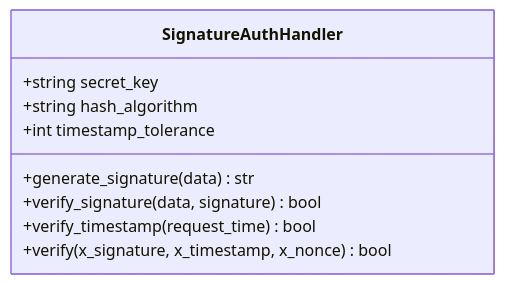
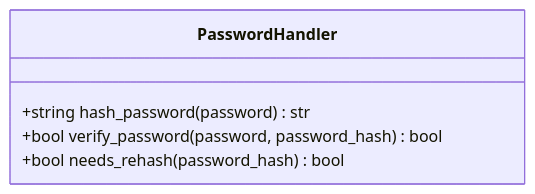
One commit to lilinzezzzzzz/fastapi-backend changed the fourth of 14 diagrams in .qoder/repowiki/zh/content/安全认证机制/安全认证机制.md. Above: the diagram before and after it, drawn with Mermaid. The commit also changed other lines of this file and 38 other files, not shown here.

````diff
--- a/.qoder/repowiki/zh/content/安全认证机制/安全认证机制.md
+++ b/.qoder/repowiki/zh/content/安全认证机制/安全认证机制.md
@@ -194,12 +295,8 @@
 ```mermaid
 classDiagram
-class SignatureAuthHandler {
-+string secret_key
-+string hash_algorithm
-+int timestamp_tolerance
-+generate_signature(data) str
-+verify_signature(data, signature) bool
-+verify_timestamp(request_time) bool
-+verify(x_signature, x_timestamp, x_nonce) bool
+class PasswordHandler {
++string hash_password(password) str
++bool verify_password(password, password_hash) bool
++bool needs_rehash(password_hash) bool
 }
 ```
````
